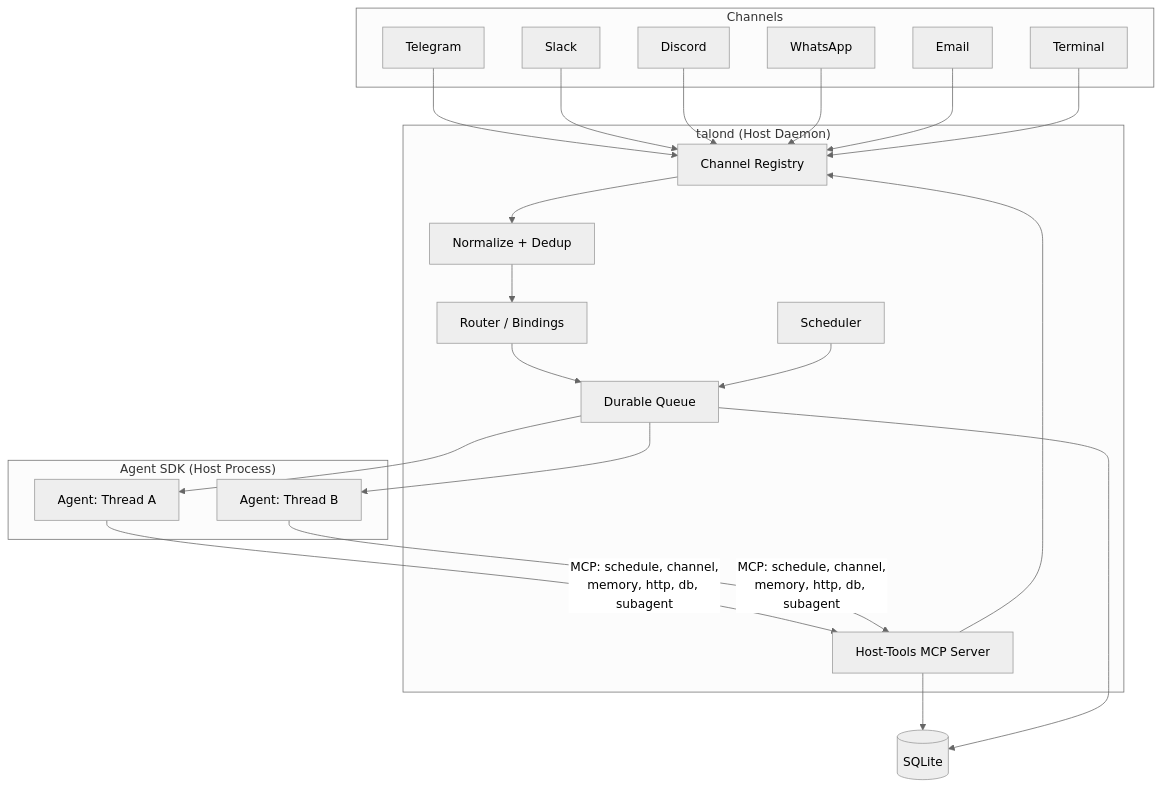
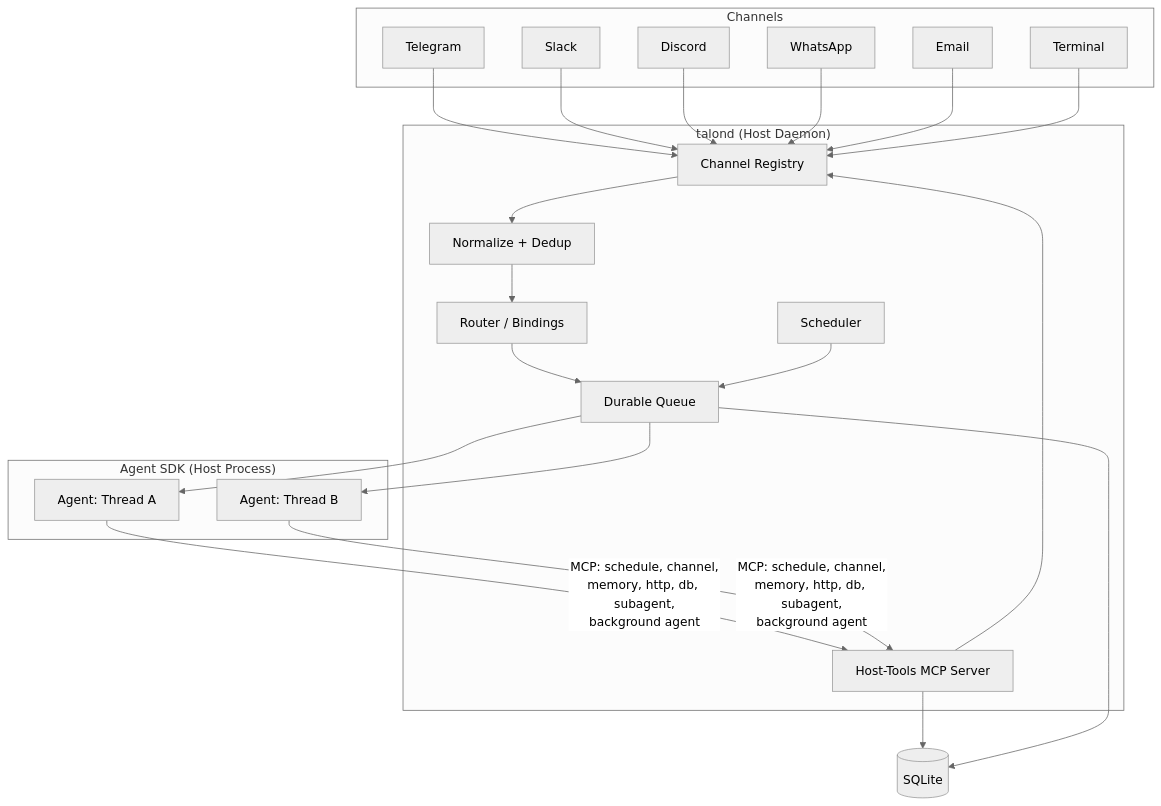
Before and after one commit to Haasie/talon: the first of 5 diagrams in README.md, drawn with Mermaid (neutral theme). The commit also changed other lines of this file and 6 other files, not shown here.

Commit message:
fix(background-agent): address review feedback

````diff
--- a/README.md
+++ b/README.md
@@ -75,36 +76,36 @@
 ```mermaid
 graph TB
     subgraph Channels
         TG[Telegram]
         SL[Slack]
         DC[Discord]
         WA[WhatsApp]
         EM[Email]
         TM[Terminal]
     end
 
     subgraph "talond (Host Daemon)"
         CR[Channel Registry]
         NP[Normalize + Dedup]
         RT[Router / Bindings]
         Q[Durable Queue]
         SCH[Scheduler]
         HT[Host-Tools MCP Server]
     end
 
     subgraph "Agent SDK (Host Process)"
         A1[Agent: Thread A]
         A2[Agent: Thread B]
     end
 
     DB[(SQLite)]
 
     TG & SL & DC & WA & EM & TM --> CR
     CR --> NP --> RT --> Q
     Q --> A1 & A2
-    A1 & A2 -->|"MCP: schedule, channel,<br/>memory, http, db, subagent"| HT
+    A1 & A2 -->|"MCP: schedule, channel,<br/>memory, http, db, subagent,<br/>background agent"| HT
     HT --> CR
     HT --> DB
     SCH --> Q
     Q --> DB
 ```
````
